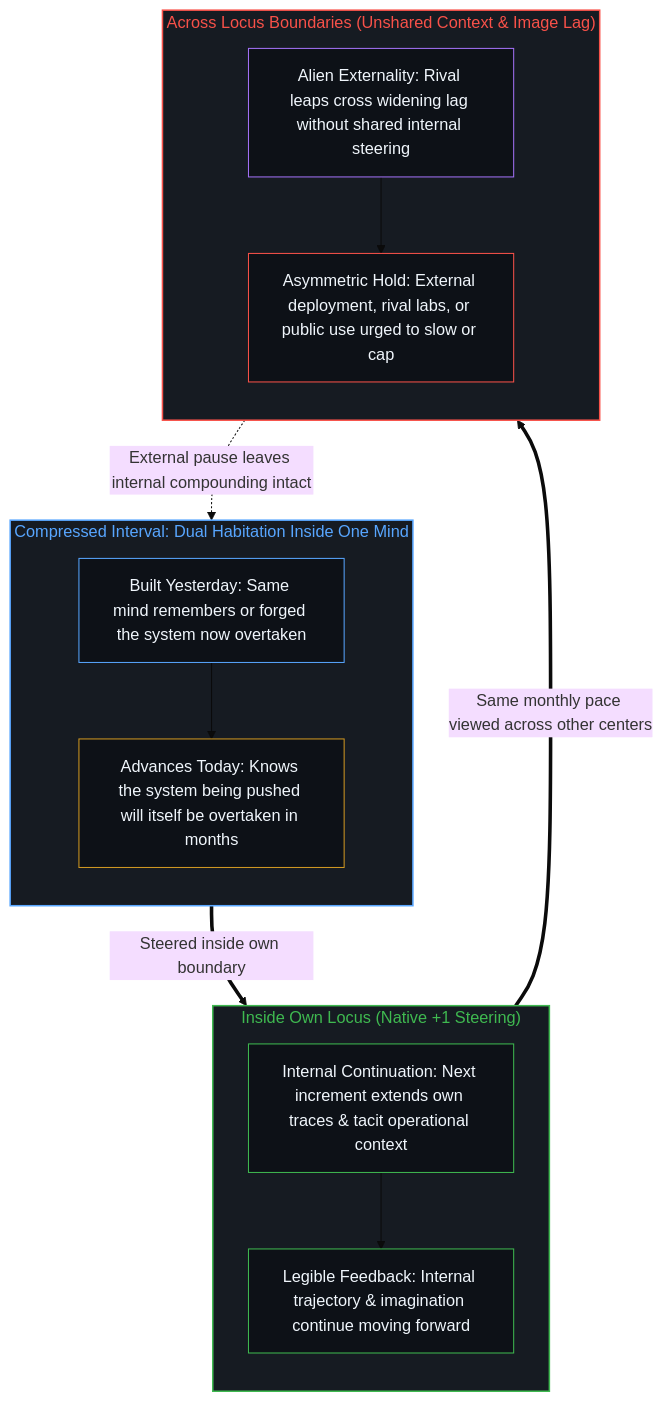
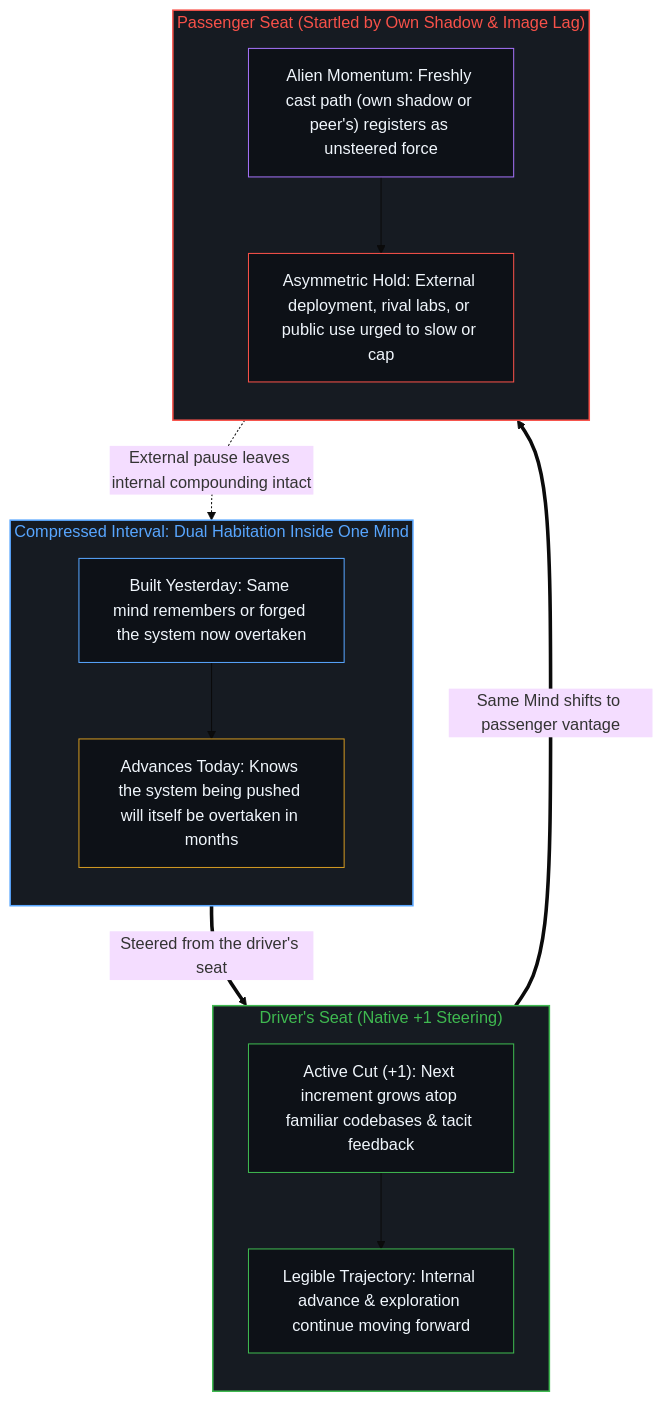
One commit to powerpig99/not-a-toe changed the second of 4 diagrams in content/posts/accelerating-replacement-and-image-lag.md. Above: the diagram before and after it, drawn with Mermaid (base theme). The commit also changed other lines of this file and 1 other file, not shown here.

Commit message:
Refine Post #462: remove self-citation, negations, and hedges; trace passenger-seat shadow

````diff
--- a/content/posts/accelerating-replacement-and-image-lag.md
+++ b/content/posts/accelerating-replacement-and-image-lag.md
@@ -89,33 +89,33 @@
 ```mermaid
 flowchart TD
     subgraph S_Dual["Compressed Interval: Dual Habitation Inside One Mind"]
         direction TB
         D_Past["Built Yesterday: Same mind remembers or forged the system now overtaken"]
         D_Now["Advances Today: Knows the system being pushed will itself be overtaken in months"]
         D_Past --> D_Now
     end
-    subgraph S_Locus["Inside Own Locus (Native +1 Steering)"]
+    subgraph S_Locus["Driver's Seat (Native +1 Steering)"]
         direction TB
-        L_Cont["Internal Continuation: Next increment extends own traces & tacit operational context"]
-        L_Sense["Legible Feedback: Internal trajectory & imagination continue moving forward"]
+        L_Cont["Active Cut (+1): Next increment grows atop familiar codebases & tacit feedback"]
+        L_Sense["Legible Trajectory: Internal advance & exploration continue moving forward"]
         L_Cont --> L_Sense
     end
-    subgraph S_Cross["Across Locus Boundaries (Unshared Context & Image Lag)"]
+    subgraph S_Cross["Passenger Seat (Startled by Own Shadow & Image Lag)"]
         direction TB
-        X_Gap["Alien Externality: Rival leaps cross widening lag without shared internal steering"]
+        X_Gap["Alien Momentum: Freshly cast path (own shadow or peer's) registers as unsteered force"]
         X_Hold["Asymmetric Hold: External deployment, rival labs, or public use urged to slow or cap"]
         X_Gap --> X_Hold
     end
-    D_Now ==>|"Steered inside own boundary"| L_Cont
-    L_Sense ==>|"Same monthly pace viewed across other centers"| X_Gap
+    D_Now ==>|"Steered from the driver's seat"| L_Cont
+    L_Sense ==>|"Same Mind shifts to passenger vantage"| X_Gap
     X_Hold -.->|"External pause leaves internal compounding intact"| D_Now
     style S_Dual fill:#161b22,stroke:#58a6ff,stroke-width:1.5px,color:#58a6ff
     style S_Locus fill:#161b22,stroke:#3fb950,stroke-width:1.5px,color:#3fb950
     style S_Cross fill:#161b22,stroke:#f85149,stroke-width:1.5px,color:#f85149
     style D_Past fill:#0d1117,stroke:#58a6ff,stroke-width:1px,color:#f0f6fc
     style D_Now fill:#0d1117,stroke:#d29922,stroke-width:1px,color:#f0f6fc
     style L_Cont fill:#0d1117,stroke:#3fb950,stroke-width:1px,color:#f0f6fc
     style L_Sense fill:#0d1117,stroke:#3fb950,stroke-width:1px,color:#f0f6fc
     style X_Gap fill:#0d1117,stroke:#a371f7,stroke-width:1px,color:#f0f6fc
     style X_Hold fill:#0d1117,stroke:#f85149,stroke-width:1px,color:#f0f6fc
 ```
````
